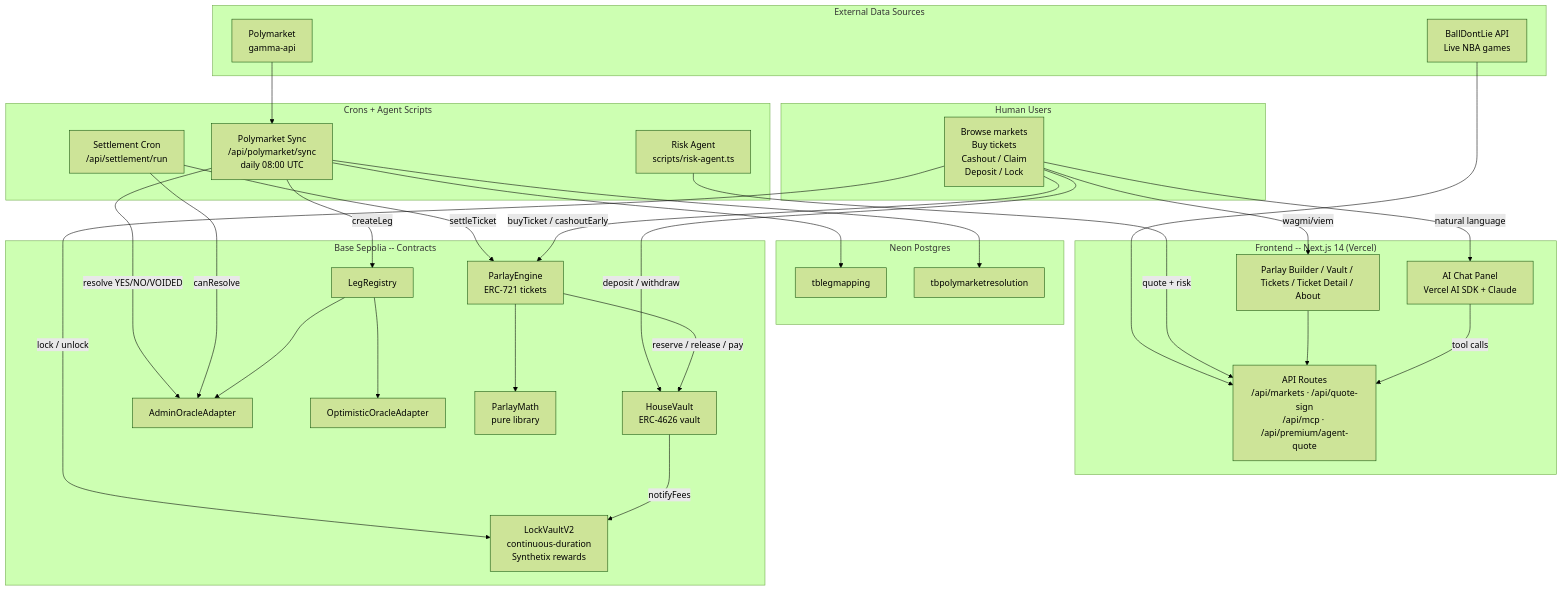
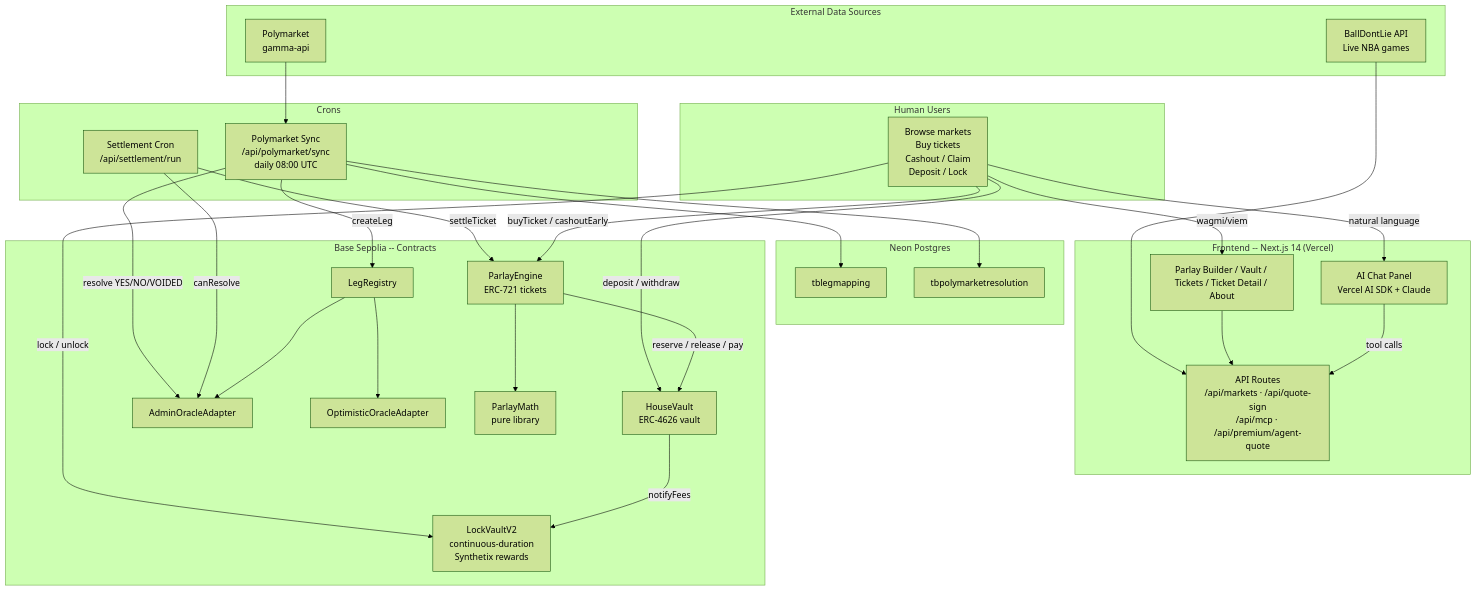
Before and after one commit to aidang1003/parlay-voo: the diagram in docs/ARCHITECTURE.md, drawn with Mermaid (forest theme). The commit also changed other lines of this file and 11 other files, not shown here.

````diff
--- a/docs/ARCHITECTURE.md
+++ b/docs/ARCHITECTURE.md
@@ -9,65 +9,63 @@
 ```mermaid
 flowchart TB
     subgraph "External Data Sources"
         BDL[BallDontLie API<br/>Live NBA games]
         POLY[Polymarket<br/>gamma-api]
     end
 
-    subgraph "Crons + Agent Scripts"
+    subgraph "Crons"
         PSYNC[Polymarket Sync<br/>/api/polymarket/sync<br/>daily 08:00 UTC]
         SET[Settlement Cron<br/>/api/settlement/run]
-        RA[Risk Agent<br/>scripts/risk-agent.ts]
     end
 
     subgraph "Frontend -- Next.js 14 (Vercel)"
         UI[Parlay Builder / Vault / Tickets / Ticket Detail / About]
         CHAT[AI Chat Panel<br/>Vercel AI SDK + Claude]
         API[API Routes<br/>/api/markets · /api/quote-sign<br/>/api/mcp · /api/premium/agent-quote]
     end
 
     subgraph "Neon Postgres"
         LM[tblegmapping]
         PR[tbpolymarketresolution]
     end
 
     subgraph "Base Sepolia -- Contracts"
         PE[ParlayEngine<br/>ERC-721 tickets]
         HV[HouseVault<br/>ERC-4626 vault]
         LR[LegRegistry]
         LV2[LockVaultV2<br/>continuous-duration<br/>Synthetix rewards]
         OA[AdminOracleAdapter]
         OO[OptimisticOracleAdapter]
         PM[ParlayMath<br/>pure library]
     end
 
     subgraph "Human Users"
         HU[Browse markets<br/>Buy tickets<br/>Cashout / Claim<br/>Deposit / Lock]
     end
 
     %% Cron + agent flows
     POLY --> PSYNC
     PSYNC --> LM
     PSYNC --> PR
     PSYNC -->|createLeg| LR
     PSYNC -->|resolve YES/NO/VOIDED| OA
     BDL --> API
     SET -->|settleTicket| PE
     SET -->|canResolve| OA
-    RA -->|quote + risk| API
 
     %% Human flows
     HU -->|wagmi/viem| UI
     UI --> API
     HU -->|buyTicket / cashoutEarly| PE
     HU -->|deposit / withdraw| HV
     HU -->|lock / unlock| LV2
     HU -->|natural language| CHAT
     CHAT -->|tool calls| API
 
     %% Contract internals
     PE -->|reserve / release / pay| HV
     PE --> PM
     HV -->|notifyFees| LV2
     LR --> OA
     LR --> OO
 ```
````
